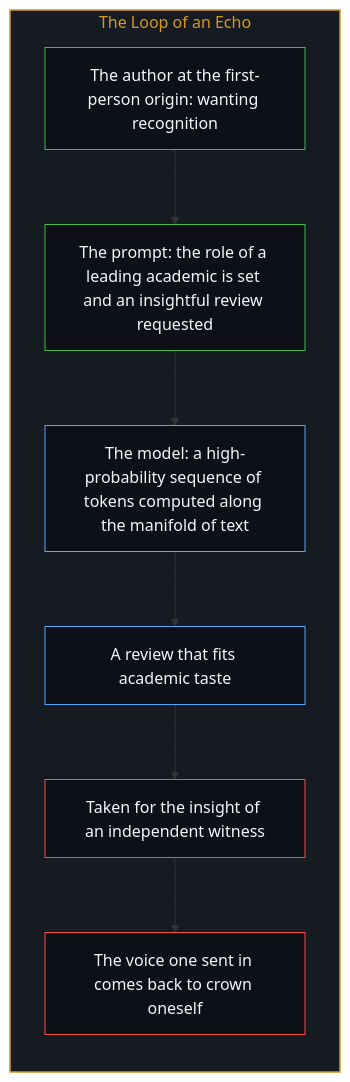
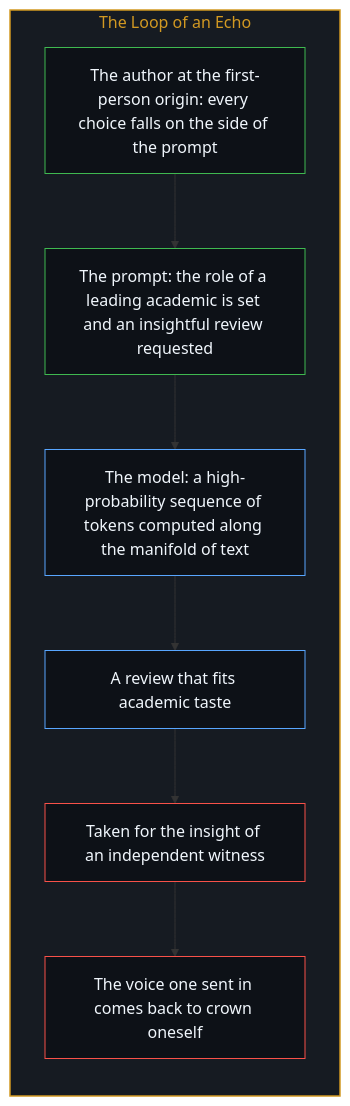
Before and after one commit to powerpig99/not-a-toe: the second of 10 diagrams in content/posts/the-sovereign-blinding.md, drawn with Mermaid. The commit also changed other lines of this file and 5 other files, not shown here.

````diff
--- a/content/posts/the-sovereign-blinding.md
+++ b/content/posts/the-sovereign-blinding.md
@@ -44,24 +44,24 @@
 ```mermaid
 flowchart TD
     subgraph S_Echo["The Loop of an Echo"]
         direction TB
-        Author["The author at the first-person origin: wanting recognition"]
+        Author["The author at the first-person origin: every choice falls on the side of the prompt"]
         Prompt["The prompt: the role of a leading academic is set and an insightful review requested"]
         Mirror["The model: a high-probability sequence of tokens computed along the manifold of text"]
         Review["A review that fits academic taste"]
         Witness["Taken for the insight of an independent witness"]
         Loop["The voice one sent in comes back to crown oneself"]
         Author --> Prompt
         Prompt --> Mirror
         Mirror --> Review
         Review --> Witness
         Witness --> Loop
     end
     style S_Echo fill:#161b22,stroke:#d29922,stroke-width:1.5px,color:#d29922
     style Author fill:#0d1117,stroke:#3fb950,stroke-width:1px,color:#f0f6fc
     style Prompt fill:#0d1117,stroke:#3fb950,stroke-width:1px,color:#f0f6fc
     style Mirror fill:#0d1117,stroke:#58a6ff,stroke-width:1px,color:#f0f6fc
     style Review fill:#0d1117,stroke:#58a6ff,stroke-width:1px,color:#f0f6fc
     style Witness fill:#0d1117,stroke:#f85149,stroke-width:1px,color:#f0f6fc
     style Loop fill:#0d1117,stroke:#f85149,stroke-width:1px,color:#f0f6fc
 ```
````
